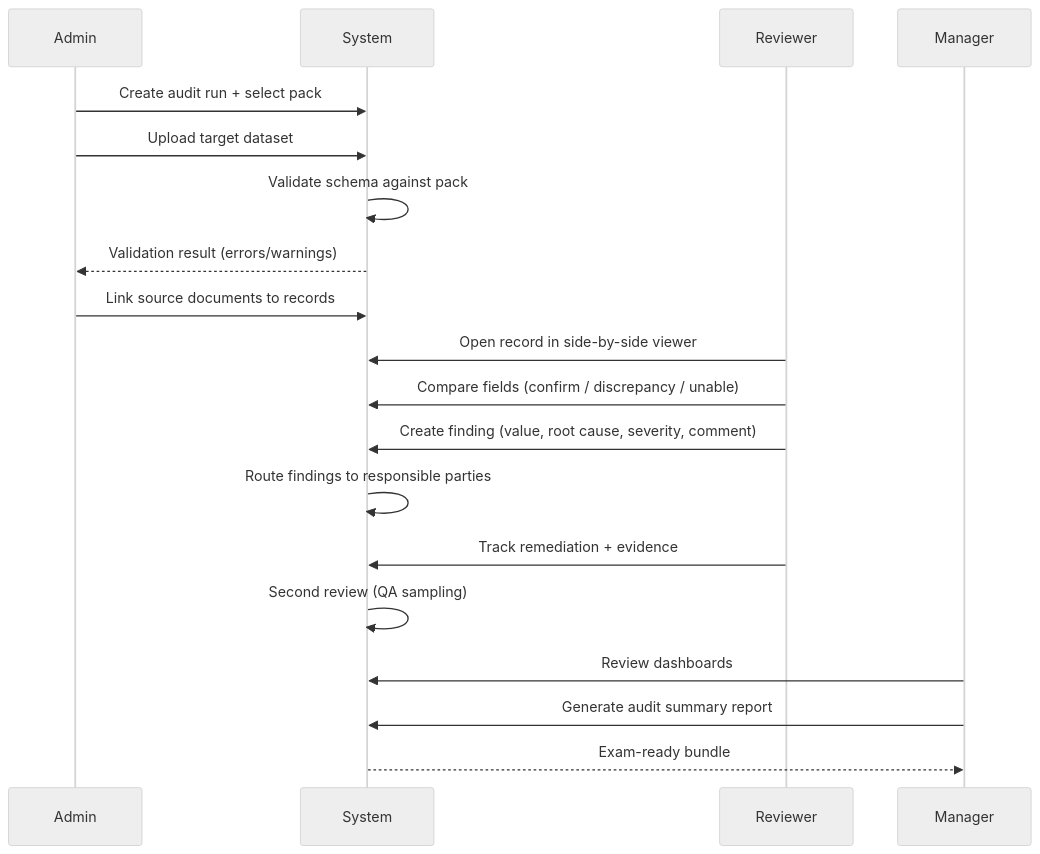
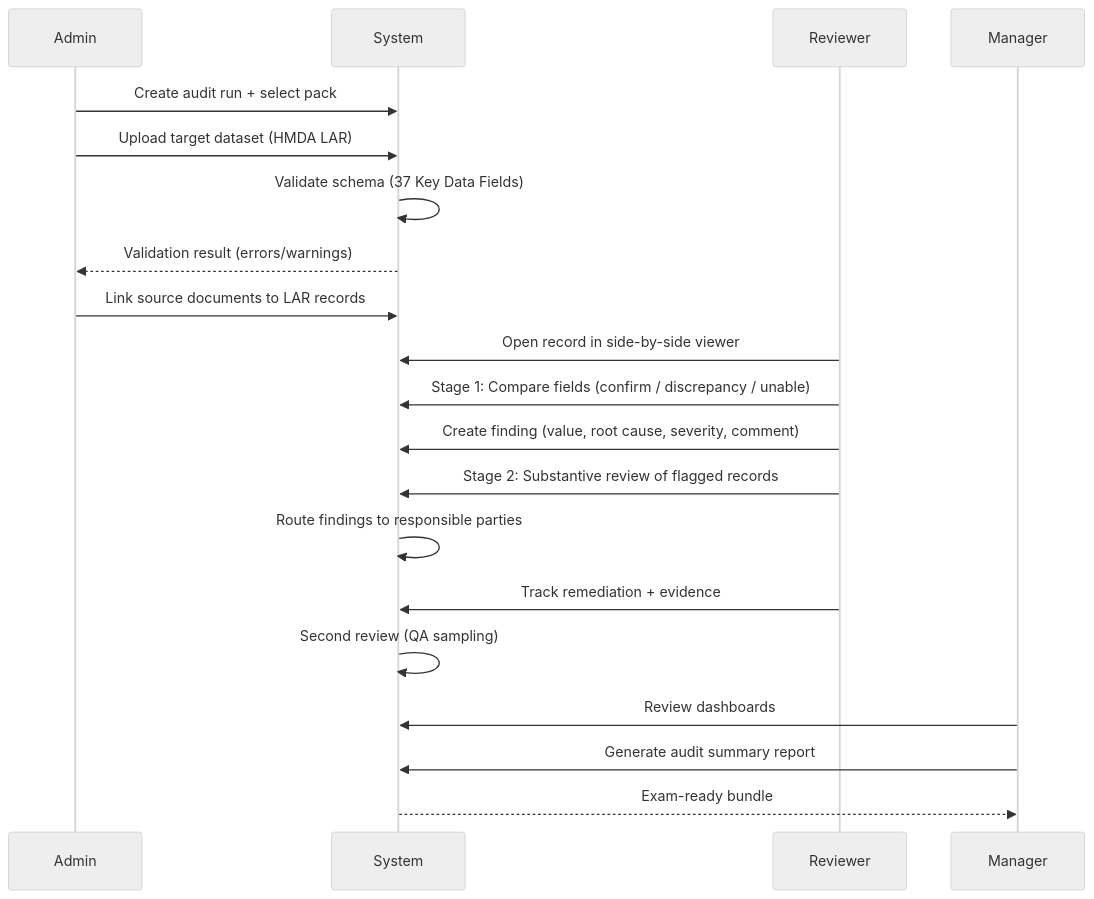
One commit to epieczko-re/audit-iq-docs changed the second of 8 diagrams in src/docs/asciidoc/auditiq-product-architecture-delivery-plan/concept-of-operations/index.adoc. Above: the diagram before and after it, drawn with Mermaid (neutral theme). The commit also changed other lines of this file and 1 other file, not shown here.

```diff
--- a/src/docs/asciidoc/auditiq-product-architecture-delivery-plan/concept-of-operations/index.adoc
+++ b/src/docs/asciidoc/auditiq-product-architecture-delivery-plan/concept-of-operations/index.adoc
@@ -50,23 +114,24 @@
 [mermaid]
 ----
 sequenceDiagram
   participant Admin
   participant System
   participant Reviewer
   participant Manager
 
   Admin->>System: Create audit run + select pack
-  Admin->>System: Upload target dataset
-  System->>System: Validate schema against pack
+  Admin->>System: Upload target dataset (HMDA LAR)
+  System->>System: Validate schema (37 Key Data Fields)
   System-->>Admin: Validation result (errors/warnings)
-  Admin->>System: Link source documents to records
+  Admin->>System: Link source documents to LAR records
   Reviewer->>System: Open record in side-by-side viewer
-  Reviewer->>System: Compare fields (confirm / discrepancy / unable)
+  Reviewer->>System: Stage 1: Compare fields (confirm / discrepancy / unable)
   Reviewer->>System: Create finding (value, root cause, severity, comment)
+  Reviewer->>System: Stage 2: Substantive review of flagged records
   System->>System: Route findings to responsible parties
   Reviewer->>System: Track remediation + evidence
   System->>System: Second review (QA sampling)
   Manager->>System: Review dashboards
   Manager->>System: Generate audit summary report
   System-->>Manager: Exam-ready bundle
 ----
```
